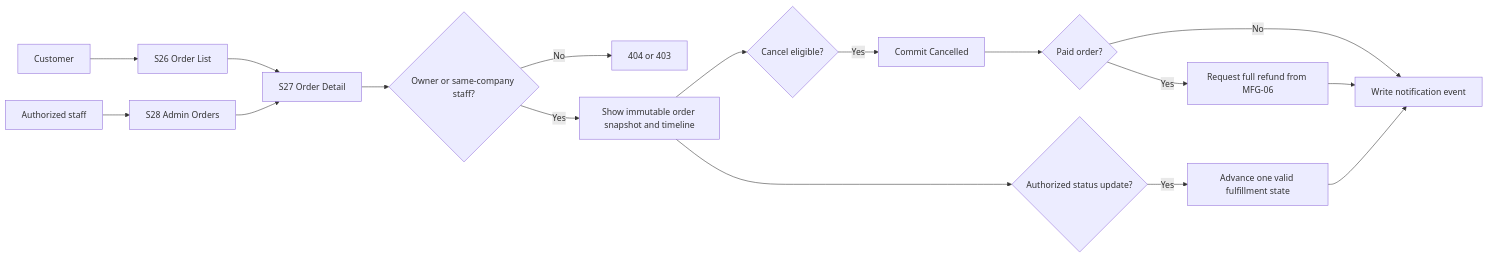
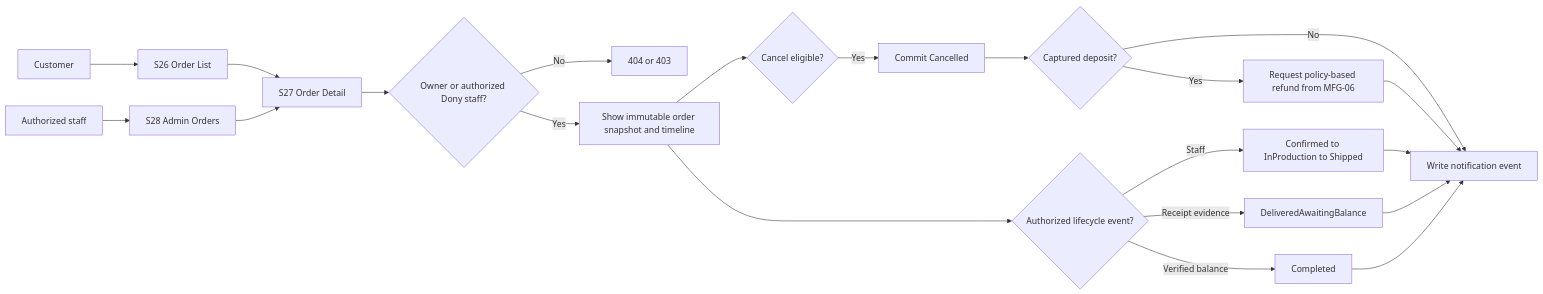
Before and after one commit to ankhanhwork/weavelink-project: the first of 2 diagrams in specs/spec-MFG-07.md, drawn with Mermaid. The commit also changed other lines of this file and 101 other files, not shown here.

````diff
--- a/specs/spec-MFG-07.md
+++ b/specs/spec-MFG-07.md
@@ -70,19 +72,23 @@
 ```mermaid
 flowchart LR
   Customer[Customer] --> History[S26 Order List]
   Staff[Authorized staff] --> Dashboard[S28 Admin Orders]
   History --> Detail[S27 Order Detail]
   Dashboard --> Detail
-  Detail --> Scope{Owner or same-company staff?}
+  Detail --> Scope{Owner or authorized Dony staff?}
   Scope -->|No| Denied[404 or 403]
   Scope -->|Yes| Snapshot[Show immutable order snapshot and timeline]
   Snapshot --> Cancel{Cancel eligible?}
   Cancel -->|Yes| Cancelled[Commit Cancelled]
-  Cancelled --> Refund{Paid order?}
-  Refund -->|Yes| RequestRefund[Request full refund from MFG-06]
+  Cancelled --> Refund{Captured deposit?}
+  Refund -->|Yes| RequestRefund[Request policy-based refund from MFG-06]
   Refund -->|No| Notify[Write notification event]
   RequestRefund --> Notify
-  Snapshot --> Advance{Authorized status update?}
-  Advance -->|Yes| Next[Advance one valid fulfillment state]
+  Snapshot --> Advance{Authorized lifecycle event?}
+  Advance -->|Staff| Next[Confirmed to InProduction to Shipped]
+  Advance -->|Receipt evidence| Received[DeliveredAwaitingBalance]
+  Advance -->|Verified balance| Complete[Completed]
   Next --> Notify
+  Received --> Notify
+  Complete --> Notify
 ```
````
